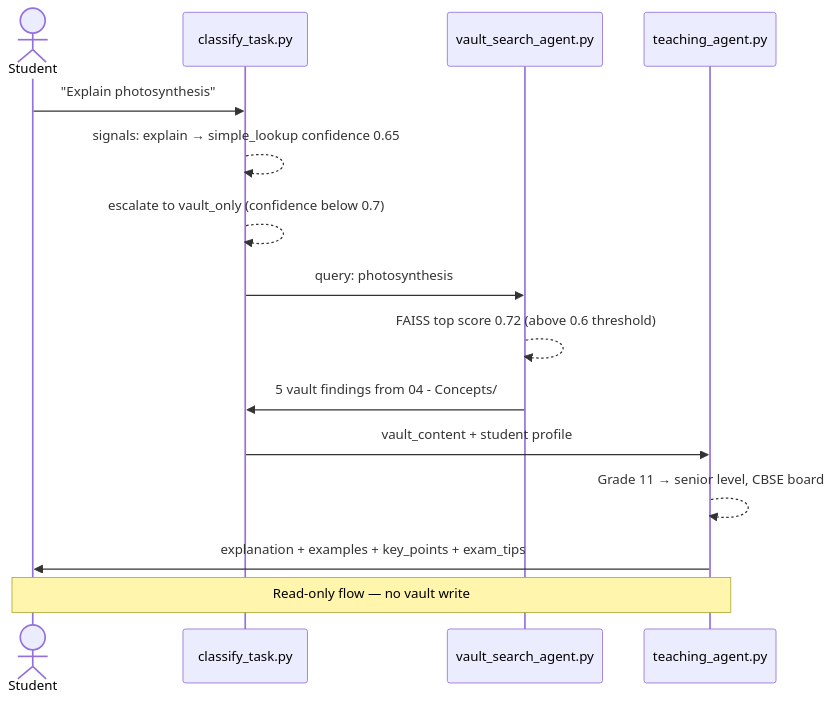
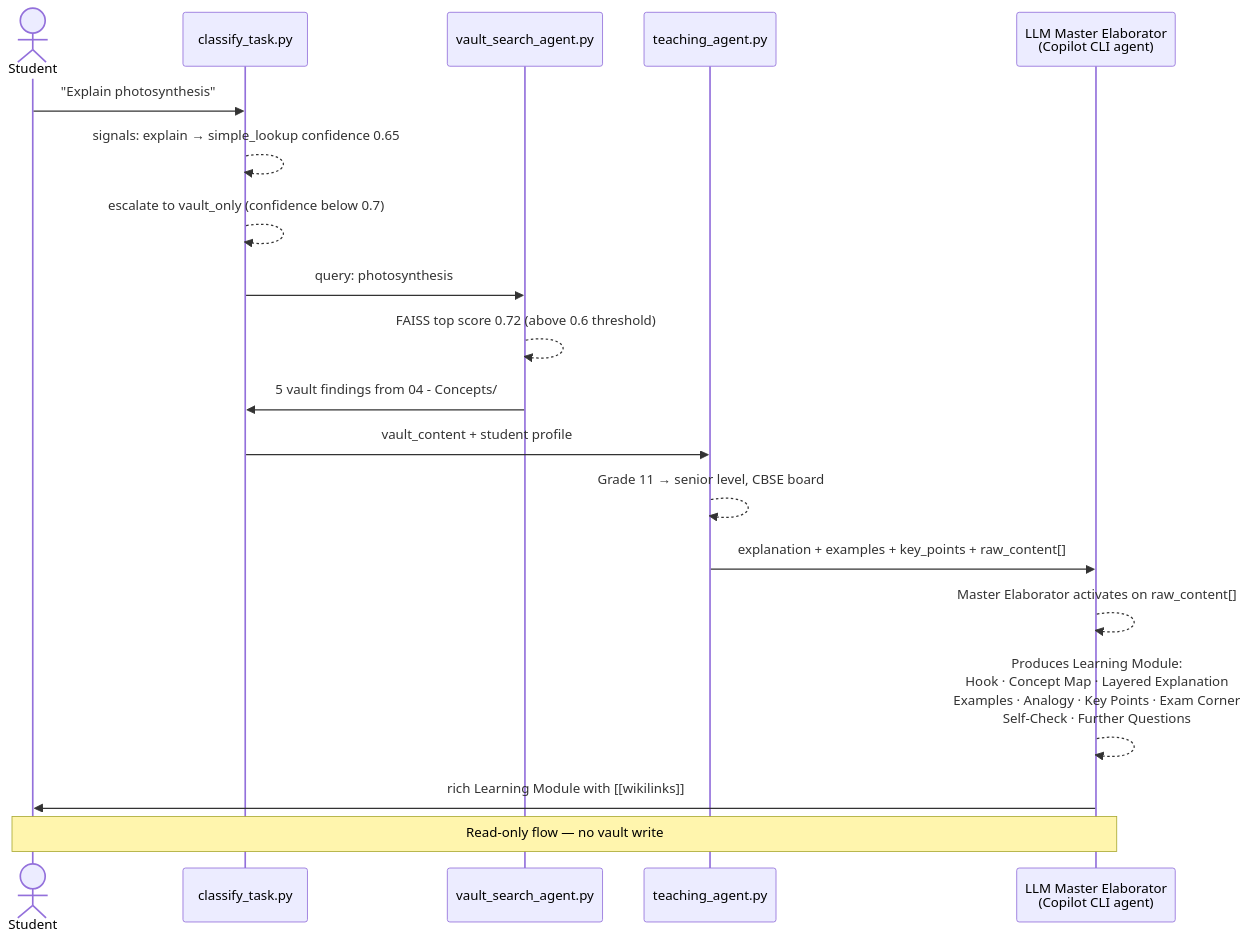
One commit to rabindranath-mishra/Study_Agent changed the eighth of 12 diagrams in 00 - System/Agent Architecture (C4+1).md. Above: the diagram before and after it, drawn with Mermaid. The commit also changed other lines of this file, not shown here.

````diff
--- a/00 - System/Agent Architecture (C4+1).md
+++ b/00 - System/Agent Architecture (C4+1).md
@@ -323,18 +326,22 @@
 ```mermaid
 sequenceDiagram
     actor Student
     participant CT as classify_task.py
     participant VS as vault_search_agent.py
     participant TA as teaching_agent.py
+    participant LLM as LLM Master Elaborator<br/>(Copilot CLI agent)
 
     Student->>CT: "Explain photosynthesis"
     CT-->>CT: signals: explain → simple_lookup confidence 0.65
     CT-->>CT: escalate to vault_only (confidence below 0.7)
     CT->>VS: query: photosynthesis
     VS-->>VS: FAISS top score 0.72 (above 0.6 threshold)
     VS->>CT: 5 vault findings from 04 - Concepts/
     CT->>TA: vault_content + student profile
     TA-->>TA: Grade 11 → senior level, CBSE board
-    TA->>Student: explanation + examples + key_points + exam_tips
-    Note over Student,TA: Read-only flow — no vault write
+    TA->>LLM: explanation + examples + key_points + raw_content[]
+    LLM-->>LLM: Master Elaborator activates on raw_content[]
+    LLM-->>LLM: Produces Learning Module:<br/>Hook · Concept Map · Layered Explanation<br/>Examples · Analogy · Key Points · Exam Corner<br/>Self-Check · Further Questions
+    LLM->>Student: rich Learning Module with [[wikilinks]]
+    Note over Student,LLM: Read-only flow — no vault write
 ```
````
